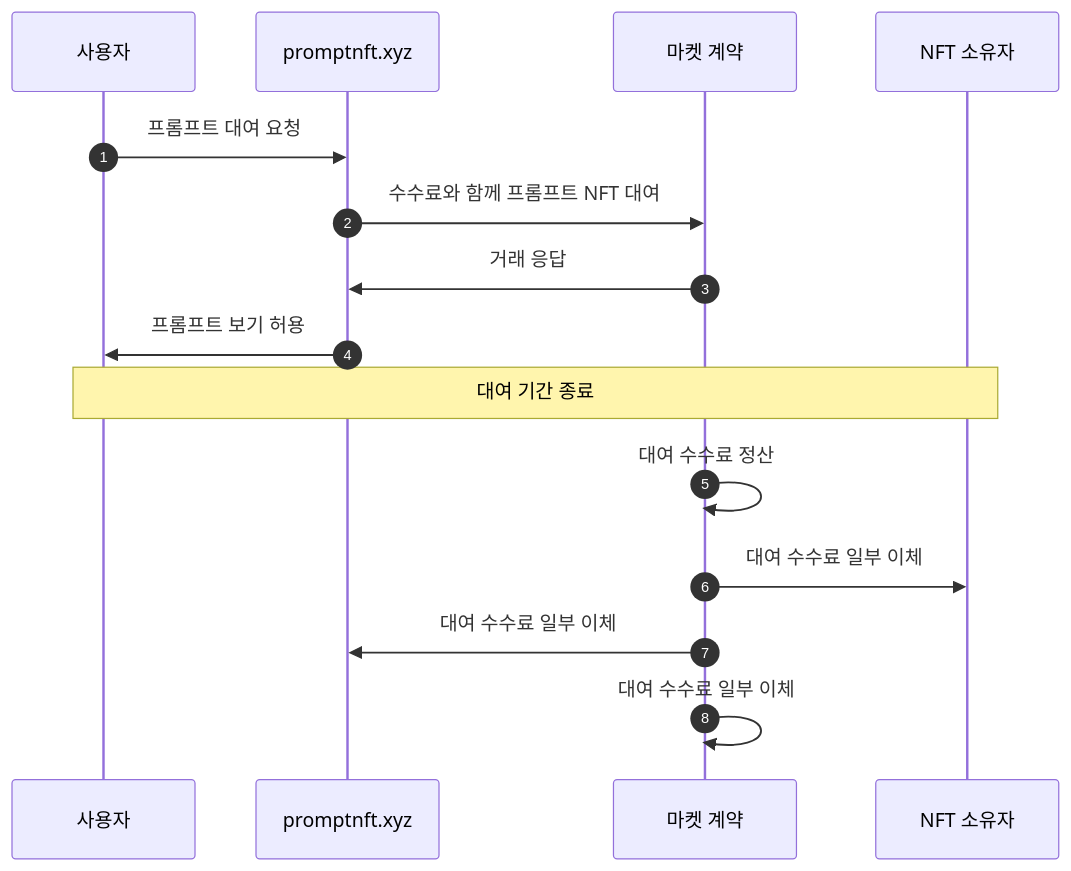
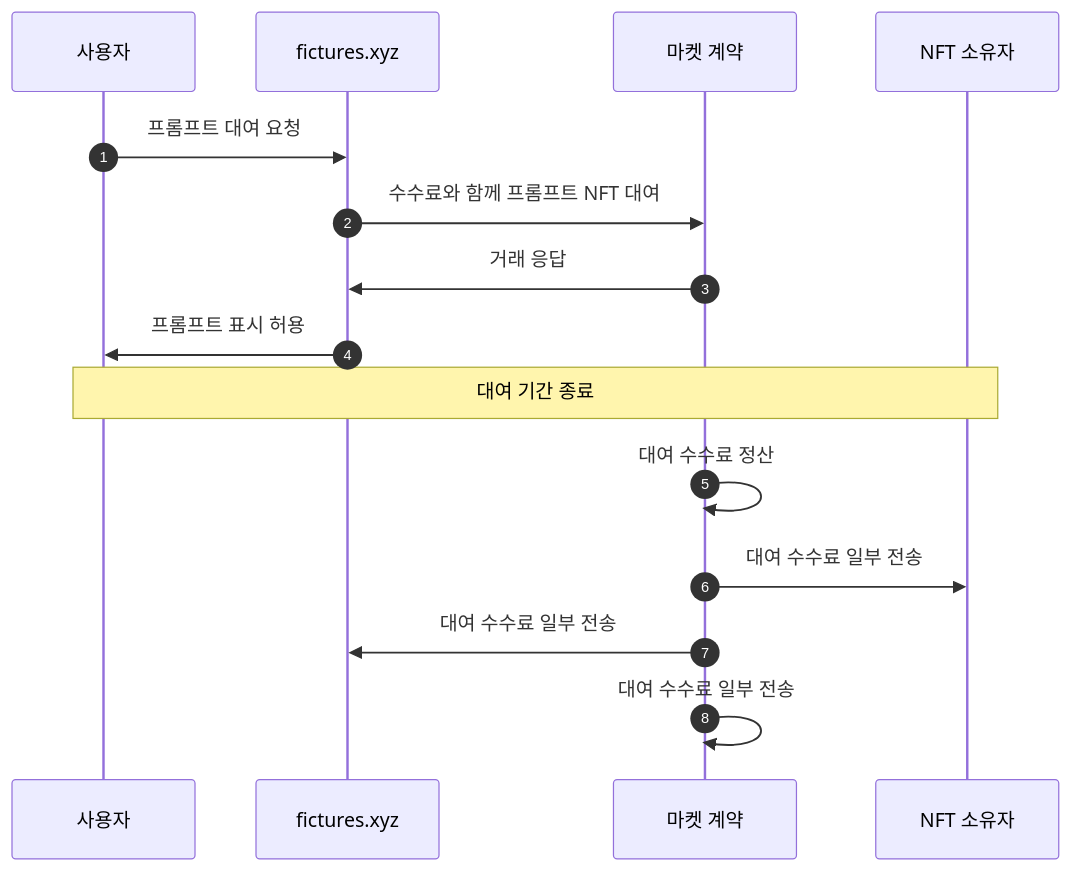
The diagram in ko/service/fictures.md (realbits-lab/gitbook), drawn with Mermaid before and after one commit. The commit also changed other lines of this file, not shown here.

Commit message:
💬Generate LLM translations

````diff
--- a/ko/service/fictures.md
+++ b/ko/service/fictures.md
@@ -25,20 +25,20 @@
 ```mermaid
 sequenceDiagram
 
 autonumber
 
 participant U as 사용자
-participant S as promptnft.xyz
+participant S as fictures.xyz
 participant M as 마켓 계약
 participant O as NFT 소유자
 
 U->>S: 프롬프트 대여 요청
 S->>M: 수수료와 함께 프롬프트 NFT 대여
 M->>S: 거래 응답
-S->>U: 프롬프트 보기 허용
+S->>U: 프롬프트 표시 허용
 Note over U,O: 대여 기간 종료
 M->>M: 대여 수수료 정산
-M->>O: 대여 수수료 일부 이체
-M->>S: 대여 수수료 일부 이체
-M->>M: 대여 수수료 일부 이체
+M->>O: 대여 수수료 일부 전송
+M->>S: 대여 수수료 일부 전송
+M->>M: 대여 수수료 일부 전송
 ```
````
